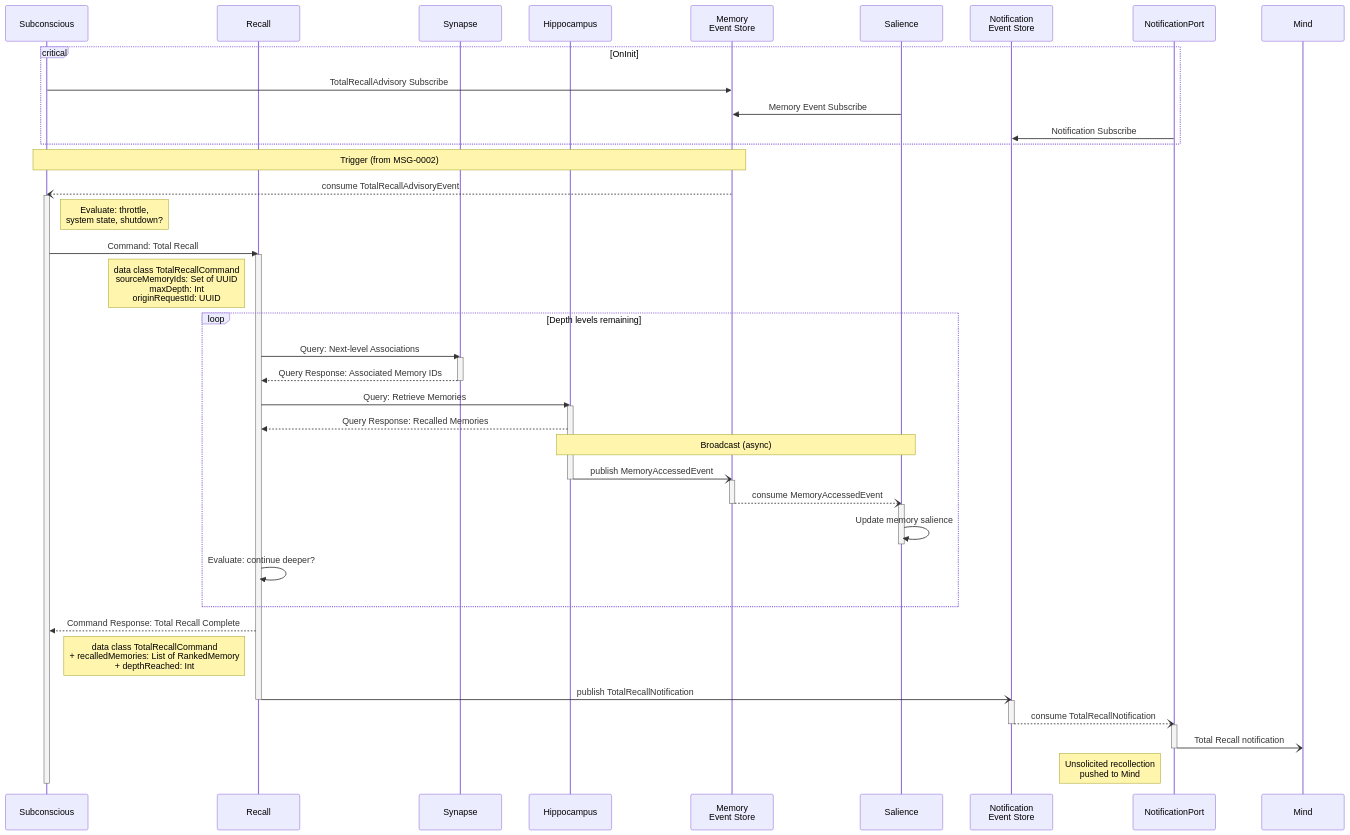
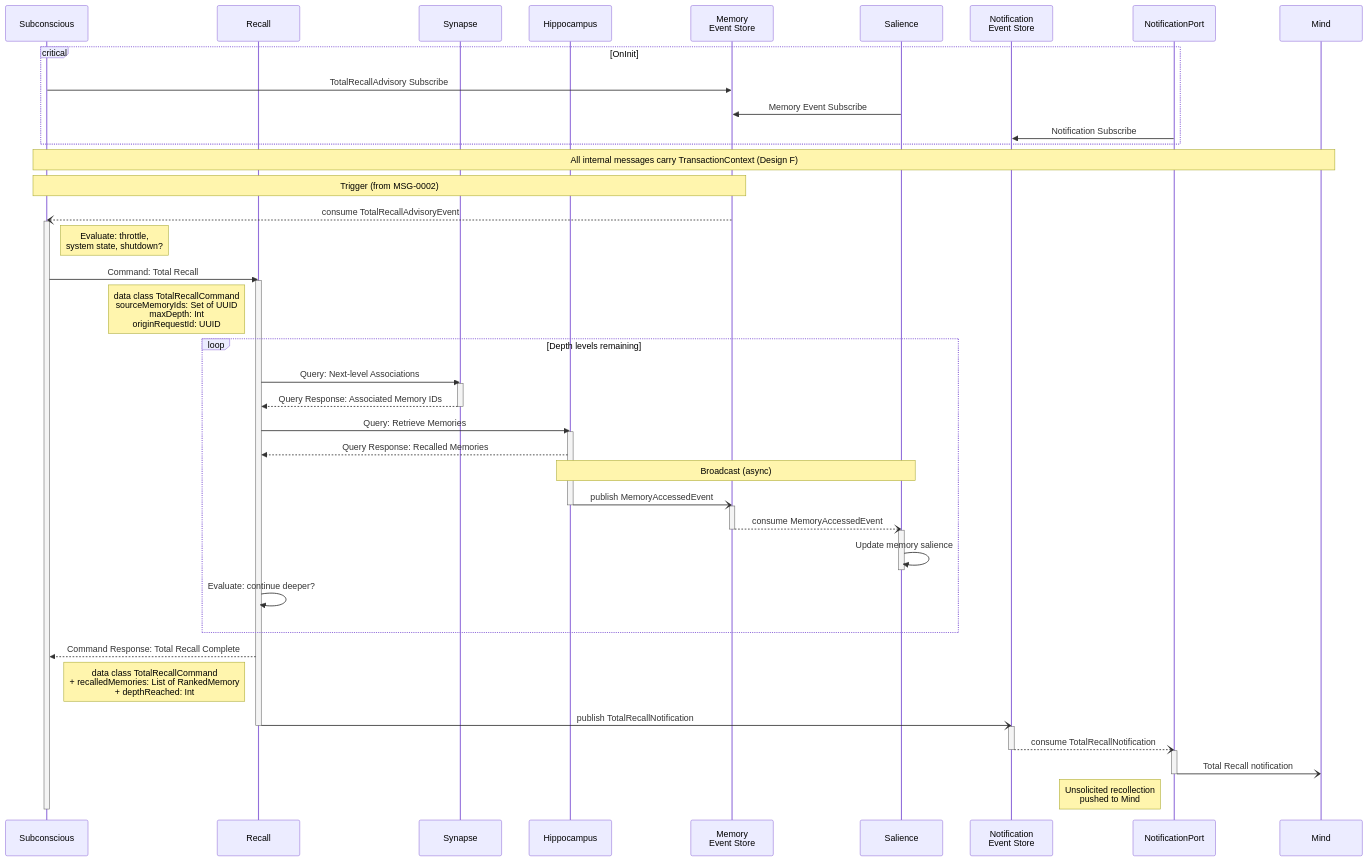
One commit to Mimis-Gildi/mcp-total-recall changed the diagram in site/_includes/diagrams/msg-0007-total-recall.mmd. Above: the diagram before and after it, drawn with Mermaid. The commit also changed 15 other files, not shown here.

Commit message:
Transaction Context added in diagrams.

```diff
--- a/site/_includes/diagrams/msg-0007-total-recall.mmd
+++ b/site/_includes/diagrams/msg-0007-total-recall.mmd
@@ -1,67 +1,69 @@
 sequenceDiagram
     participant SB as Subconscious
     participant RC as Recall
     participant SY as Synapse
     participant HP as Hippocampus
     participant MES as Memory<br/> Event Store
     participant SL as Salience
     participant NES as Notification<br/> Event Store
     participant NP as NotificationPort
     participant M as Mind
 
     critical OnInit
         SB ->> MES: TotalRecallAdvisory Subscribe
         SL ->> MES: Memory Event Subscribe
         NP ->> NES: Notification Subscribe
     end
+
+    Note over SB,M: All internal messages carry TransactionContext (Design F)
 
     Note over MES,SB: Trigger (from MSG-0002)
     MES--)SB: consume TotalRecallAdvisoryEvent
     activate SB
     Note right of SB: Evaluate: throttle,<br/>system state, shutdown?
 
     SB->>RC: Command: Total Recall
     activate RC
     Note left of RC: data class TotalRecallCommand<br/>sourceMemoryIds: Set of UUID<br/>maxDepth: Int<br/>originRequestId: UUID
 
     loop Depth levels remaining
 
         RC->>SY: Query: Next-level Associations
         activate SY
         SY-->>RC: Query Response: Associated Memory IDs
         deactivate SY
 
         RC->>HP: Query: Retrieve Memories
         activate HP
         HP-->>RC: Query Response: Recalled Memories
 
         Note over HP,SL: Broadcast (async)
         HP-)MES: publish MemoryAccessedEvent
         deactivate HP
         activate MES
         MES--)SL: consume MemoryAccessedEvent
         deactivate MES
         activate SL
         SL->>SL: Update memory salience
         deactivate SL
 
         RC->>RC: Evaluate: continue deeper?
 
     end
 
     RC-->>SB: Command Response: Total Recall Complete
     Note left of RC: data class TotalRecallCommand<br/>+ recalledMemories: List of RankedMemory<br/>+ depthReached: Int
 
     RC-)NES: publish TotalRecallNotification
     deactivate RC
     activate NES
 
     NES--)NP: consume TotalRecallNotification
     deactivate NES
     activate NP
 
     NP-)M: Total Recall notification
     deactivate NP
     Note left of NP: Unsolicited recollection<br/>pushed to Mind
 
     deactivate SB
```
